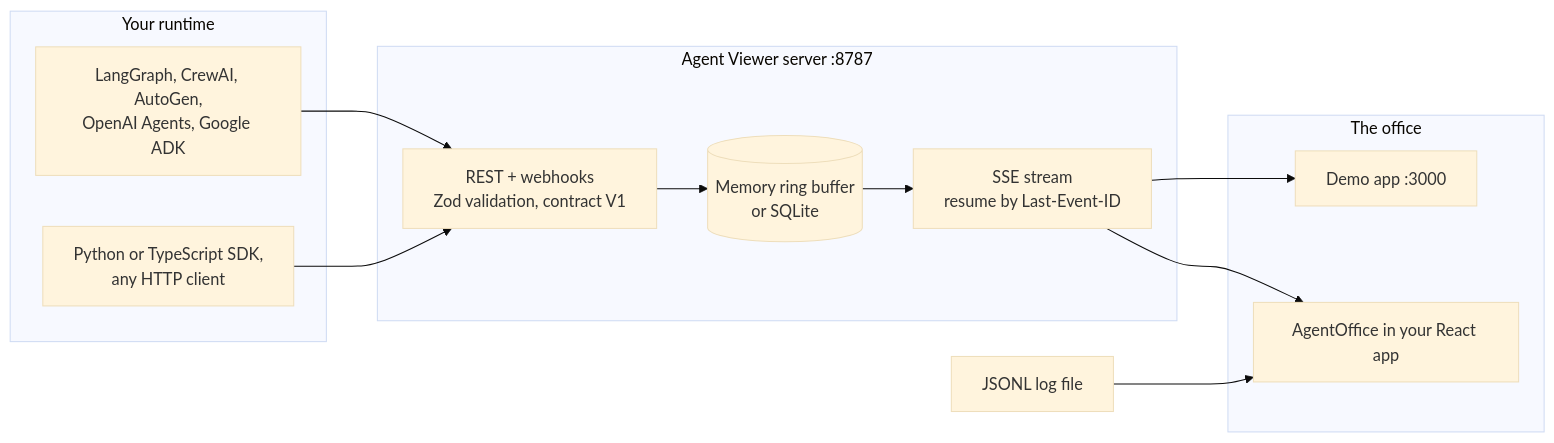
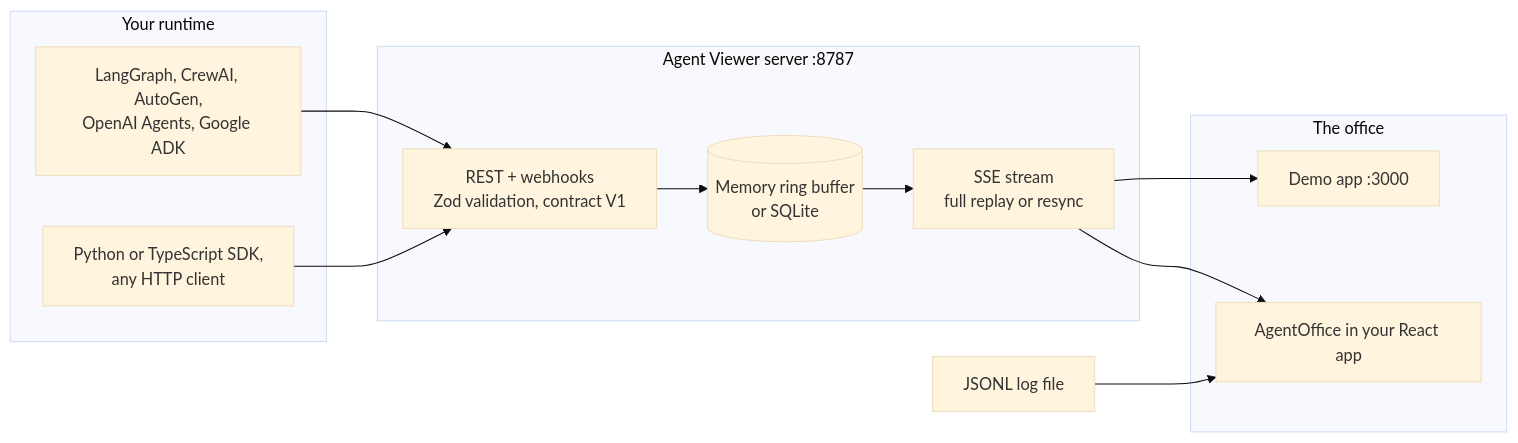
One commit to jmmana/Agent-Viewer changed the diagram in README.md. Above: the diagram before and after it, drawn with Mermaid (base theme). The commit also changed other lines of this file and 21 other files, not shown here.

First line of the commit message:
feat(server): SSE reconnect replays every missed event or forces a resync (#208)

````diff
--- a/README.md
+++ b/README.md
@@ -571,24 +571,24 @@
 ```mermaid
 flowchart LR
   subgraph Runtimes["Your runtime"]
     A["LangGraph, CrewAI, AutoGen,<br/>OpenAI Agents, Google ADK"]
     S["Python or TypeScript SDK,<br/>any HTTP client"]
   end
   subgraph Server["Agent Viewer server :8787"]
     I["REST + webhooks<br/>Zod validation, contract V1"]
     D[("Memory ring buffer<br/>or SQLite")]
-    E["SSE stream<br/>resume by Last-Event-ID"]
+    E["SSE stream<br/>full replay or resync"]
   end
   subgraph Office["The office"]
     W["Demo app :3000"]
     L["AgentOffice in your React app"]
   end
   J["JSONL log file"]
   A --> I
   S --> I
   I --> D
   D --> E
   E --> W
   E --> L
   J --> L
 ```
````
